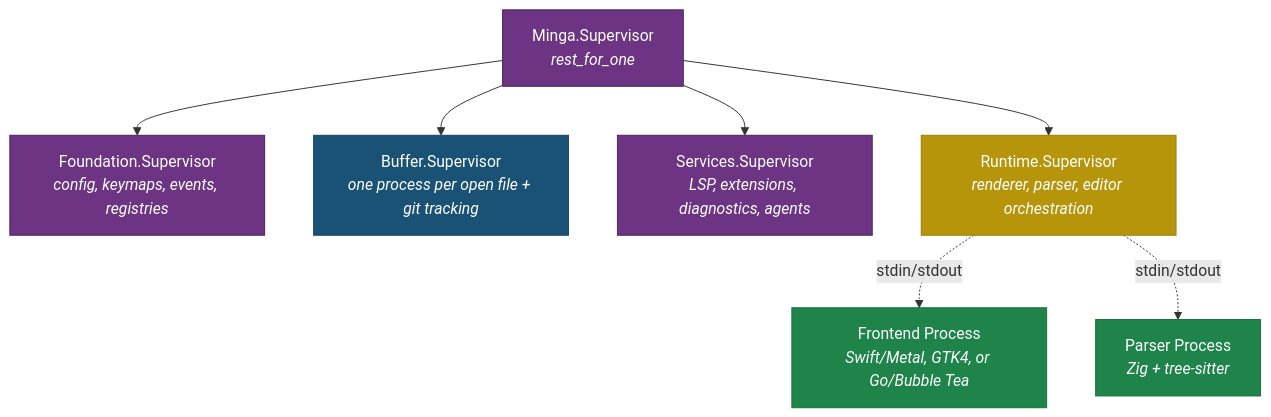
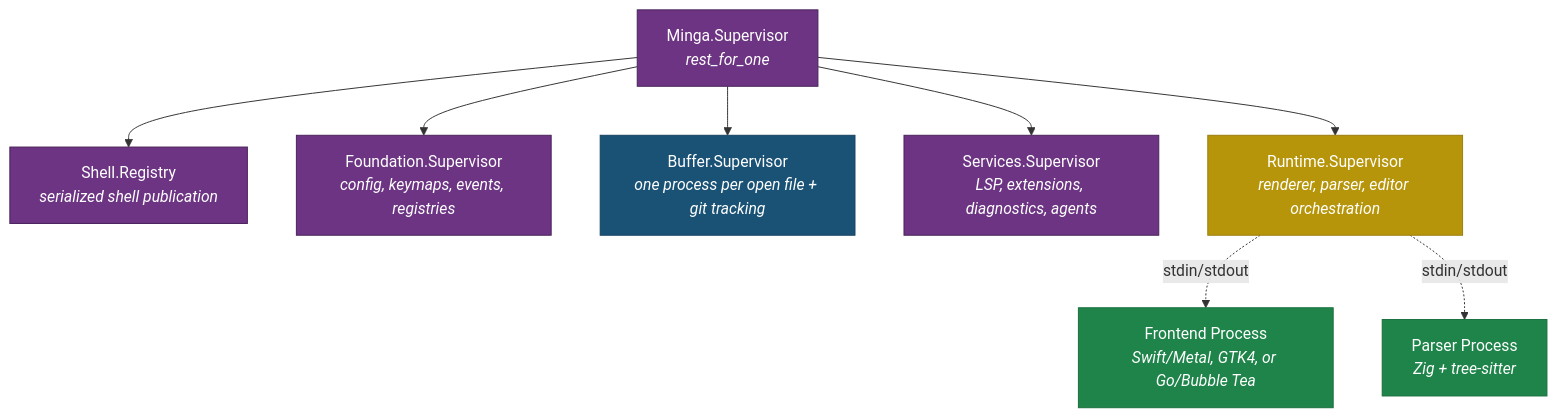
The second of 10 diagrams in docs/ARCHITECTURE.md (jsmestad/minga), drawn with Mermaid before and after one commit. The commit also changed other lines of this file and 6 other files, not shown here.

Commit message:
fix(editor): serialize shell registry publication

````diff
--- a/docs/ARCHITECTURE.md
+++ b/docs/ARCHITECTURE.md
@@ -141,20 +141,22 @@
 ```mermaid
 graph TD
     SUP["Minga.Supervisor<br/><i>rest_for_one</i>"]
 
+    SUP --> SHELLS["Shell.Registry<br/><i>serialized shell publication</i>"]
     SUP --> FOUND["Foundation.Supervisor<br/><i>config, keymaps, events, registries</i>"]
     SUP --> BUFSUP["Buffer.Supervisor<br/><i>one process per open file + git tracking</i>"]
     SUP --> SVC["Services.Supervisor<br/><i>LSP, extensions, diagnostics, agents</i>"]
     SUP --> RT["Runtime.Supervisor<br/><i>renderer, parser, editor orchestration</i>"]
 
     RT -. "stdin/stdout" .-> FE["Frontend Process<br/><i>Swift/Metal, GTK4, or Go/Bubble Tea</i>"]
     RT -. "stdin/stdout" .-> PARSER["Parser Process<br/><i>Zig + tree-sitter</i>"]
 
     style SUP fill:#6c3483,stroke:#4a235a,color:#fff
+    style SHELLS fill:#6c3483,stroke:#4a235a,color:#fff
     style FOUND fill:#6c3483,stroke:#4a235a,color:#fff
     style BUFSUP fill:#1a5276,stroke:#154360,color:#fff
     style SVC fill:#6c3483,stroke:#4a235a,color:#fff
     style RT fill:#b7950b,stroke:#9a7d0a,color:#fff
     style FE fill:#1e8449,stroke:#196f3d,color:#fff
     style PARSER fill:#1e8449,stroke:#196f3d,color:#fff
 ```
````
